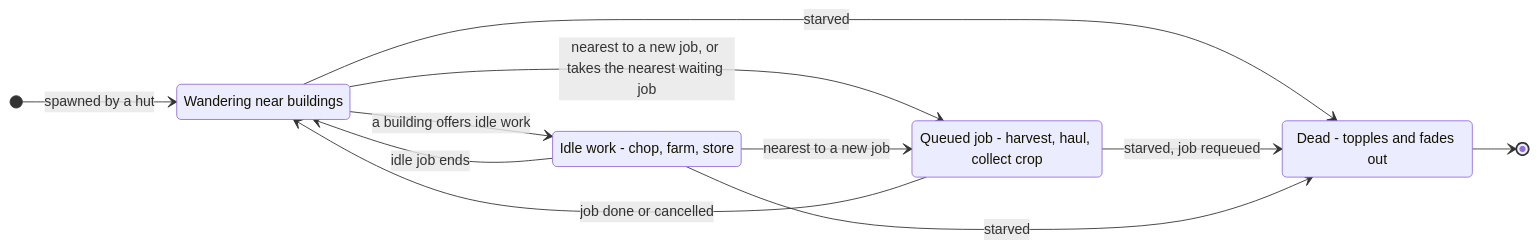
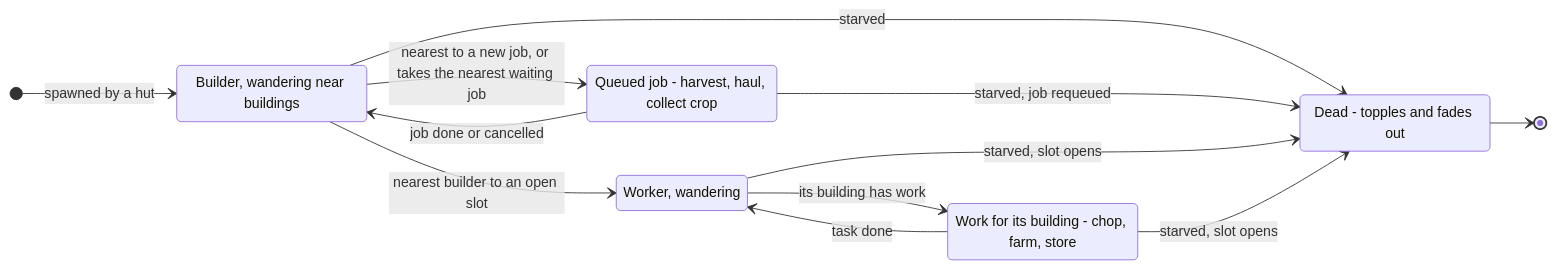
Before and after one commit to Liam-M-Mays/game-jam-2026: the fifth of 10 diagrams in docs/architecture.md, drawn with Mermaid. The commit also changed other lines of this file and 20 other files, not shown here.

Commit message:
Give each building a worker slot, so assigned meeples work for one building and builders take only the player's jobs

````diff
--- a/docs/architecture.md
+++ b/docs/architecture.md
@@ -216,19 +216,21 @@
 ```mermaid
 stateDiagram-v2
     direction LR
-    Wandering: Wandering near buildings
+    Wandering: Builder, wandering near buildings
     QueuedJob: Queued job - harvest, haul, collect crop
-    IdleWork: Idle work - chop, farm, store
+    WorkerWandering: Worker, wandering
+    Work: Work for its building - chop, farm, store
     Dead: Dead - topples and fades out
 
     [*] --> Wandering: spawned by a hut
     Wandering --> QueuedJob: nearest to a new job, or takes the nearest waiting job
-    Wandering --> IdleWork: a building offers idle work
-    IdleWork --> QueuedJob: nearest to a new job
-    IdleWork --> Wandering: idle job ends
     QueuedJob --> Wandering: job done or cancelled
+    Wandering --> WorkerWandering: nearest builder to an open slot
+    WorkerWandering --> Work: its building has work
+    Work --> WorkerWandering: task done
     Wandering --> Dead: starved
     QueuedJob --> Dead: starved, job requeued
-    IdleWork --> Dead: starved
+    WorkerWandering --> Dead: starved, slot opens
+    Work --> Dead: starved, slot opens
     Dead --> [*]
 ```
````
